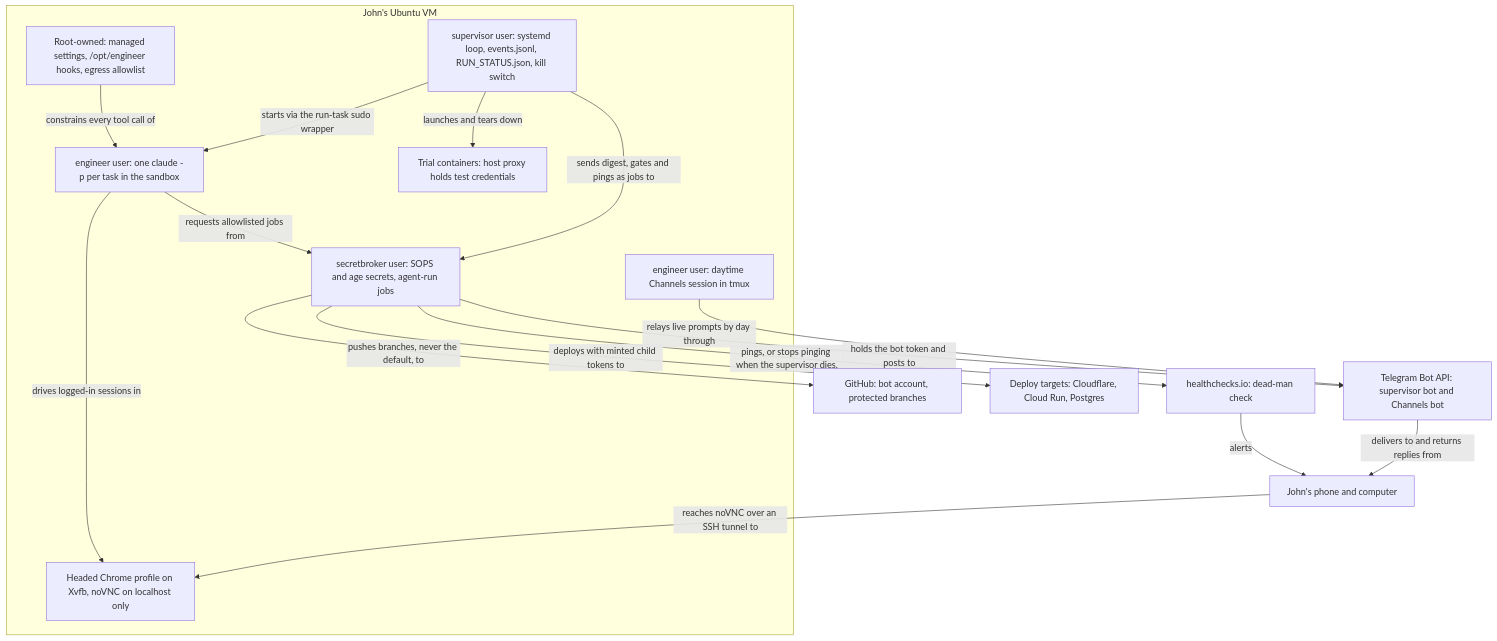
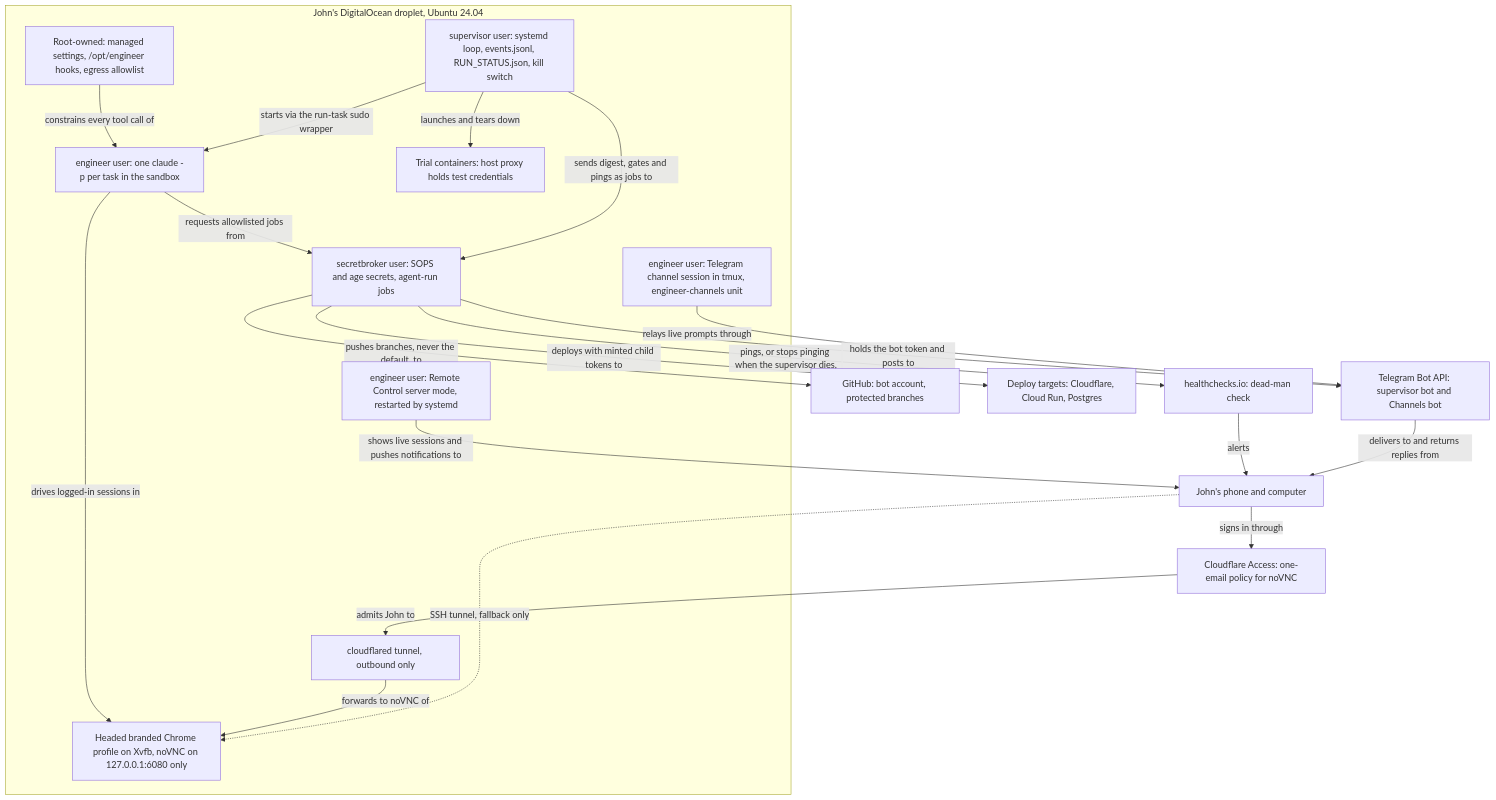
Before and after one commit to jcallahanp/Autonomy-Research: the diagram in docs/diagrams/engineer-runtime.mmd, drawn with Mermaid. The commit also changed other lines of this file and 21 other files, not shown here.

First line of the commit message:
Stage 1 task 1: blueprint, ADRs and diagrams updated to John's decisions

```diff
--- a/docs/diagrams/engineer-runtime.mmd
+++ b/docs/diagrams/engineer-runtime.mmd
@@ -1,30 +1,38 @@
 flowchart TB
-  subgraph vm[John's Ubuntu VM]
+  subgraph vm[John's DigitalOcean droplet, Ubuntu 24.04]
     root[Root-owned: managed settings, /opt/engineer hooks, egress allowlist]
     sup[supervisor user: systemd loop, events.jsonl, RUN_STATUS.json, kill switch]
     run[engineer user: one claude -p per task in the sandbox]
-    chan[engineer user: daytime Channels session in tmux]
+    chan[engineer user: Telegram channel session in tmux, engineer-channels unit]
+    rc[engineer user: Remote Control server mode, restarted by systemd]
     broker[secretbroker user: SOPS and age secrets, agent-run jobs]
     trial[Trial containers: host proxy holds test credentials]
-    browser[Headed Chrome profile on Xvfb, noVNC on localhost only]
+    browser[Headed branded Chrome profile on Xvfb, noVNC on 127.0.0.1:6080 only]
+    cfd[cloudflared tunnel, outbound only]
   end
   tg[Telegram Bot API: supervisor bot and Channels bot]
   phone[John's phone and computer]
   gh[GitHub: bot account, protected branches]
   targets[Deploy targets: Cloudflare, Cloud Run, Postgres]
   hc[healthchecks.io: dead-man check]
+  access[Cloudflare Access: one-email policy for noVNC]
 
   root -- "constrains every tool call of" --> run
   sup -- "starts via the run-task sudo wrapper" --> run
   run -- "requests allowlisted jobs from" --> broker
   sup -- "launches and tears down" --> trial
   run -- "drives logged-in sessions in" --> browser
   broker -- "pushes branches, never the default, to" --> gh
   broker -- "deploys with minted child tokens to" --> targets
   sup -- "sends digest, gates and pings as jobs to" --> broker
   broker -- "holds the bot token and posts to" --> tg
   broker -- "pings, or stops pinging when the supervisor dies," --> hc
   hc -- "alerts" --> phone
-  chan -- "relays live prompts by day through" --> tg
+  chan -- "relays live prompts through" --> tg
+  rc -- "shows live sessions and pushes notifications to" --> phone
   tg -- "delivers to and returns replies from" --> phone
-  phone -- "reaches noVNC over an SSH tunnel to" --> browser
+  phone -- "signs in through" --> access
+  access -- "admits John to" --> cfd
+  cfd -- "forwards to noVNC of" --> browser
+  phone -. "SSH tunnel, fallback only" .-> browser
+%% updated 2026-10-16, John's decision
```
